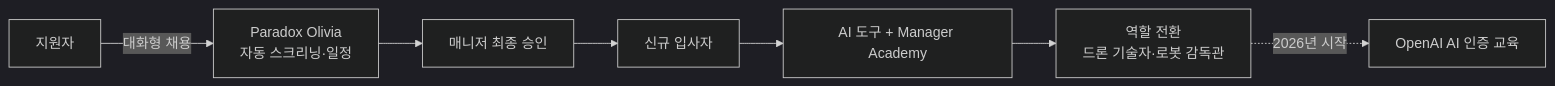
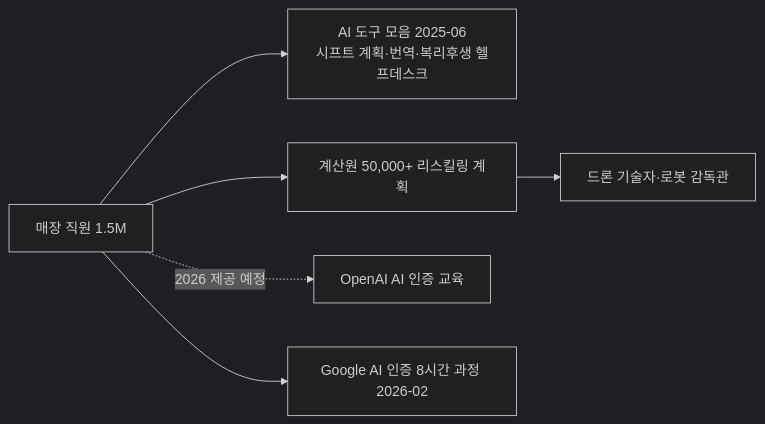
The diagram in wiki/usecases/walmart-ai-frontline-workforce.md (jameskim1st/hr-ai-benchmark), drawn with Mermaid (dark theme) before and after one commit. The commit also changed other lines of this file and 222 other files, not shown here.

````diff
--- a/wiki/usecases/walmart-ai-frontline-workforce.md
+++ b/wiki/usecases/walmart-ai-frontline-workforce.md
@@ -71,9 +70,8 @@
 ```mermaid
 flowchart LR
-    A[지원자] -->|대화형 채용| B[Paradox Olivia\n자동 스크리닝·일정]
-    B --> C[매니저 최종 승인]
-    C --> D[신규 입사자]
-    D --> E[AI 도구 + Manager Academy]
-    E --> F[역할 전환\n드론 기술자·로봇 감독관]
-    F -.->|2026년 시작| G[OpenAI AI 인증 교육]
+    A[매장 직원 1.5M] --> B[AI 도구 모음 2025-06\n시프트 계획·번역·복리후생 헬프데스크]
+    A --> C[계산원 50,000+ 리스킬링 계획]
+    C --> D[드론 기술자·로봇 감독관]
+    A -.->|2026 제공 예정| E[OpenAI AI 인증 교육]
+    A --> F[Google AI 인증 8시간 과정 2026-02]
 ```
````
